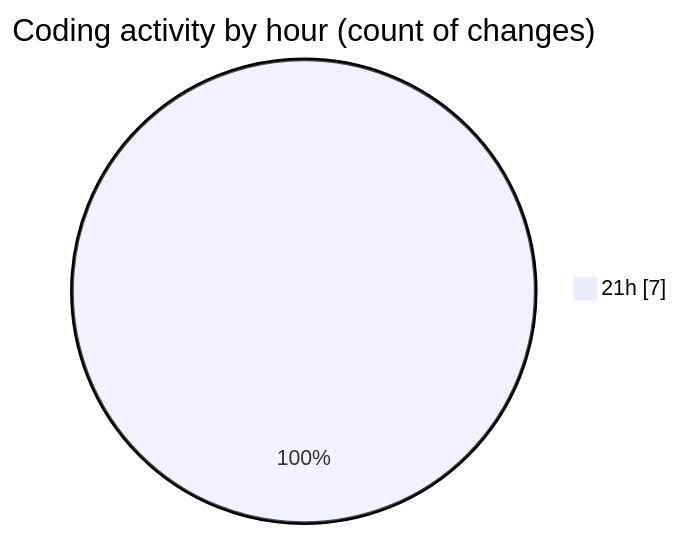
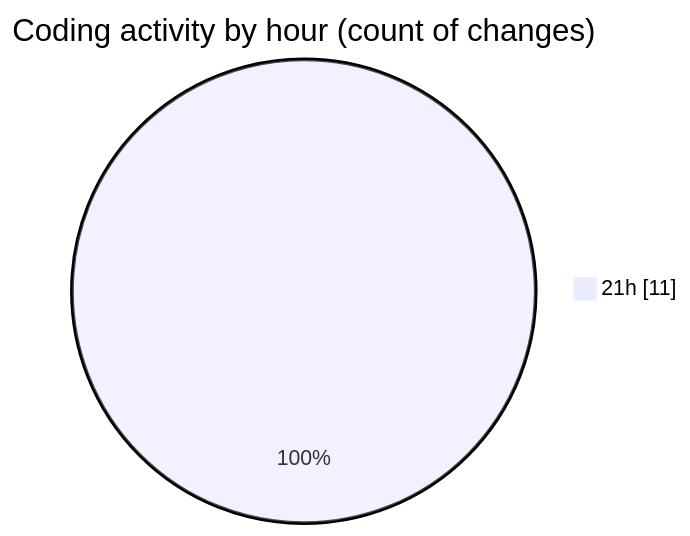
The second of 2 diagrams in 2026-01-16/nxtqube_webapp/README.md (nxtqubesakshisongat/code-tracking), drawn with Mermaid before and after one commit. The commit also changed other lines of this file and 1 other file, not shown here.

````diff
--- a/2026-01-16/nxtqube_webapp/README.md
+++ b/2026-01-16/nxtqube_webapp/README.md
@@ -30,5 +30,5 @@
 ```mermaid
 pie showData
 title Coding activity by hour (count of changes)
-"21h" : 7
+"21h" : 11
 ```
````
